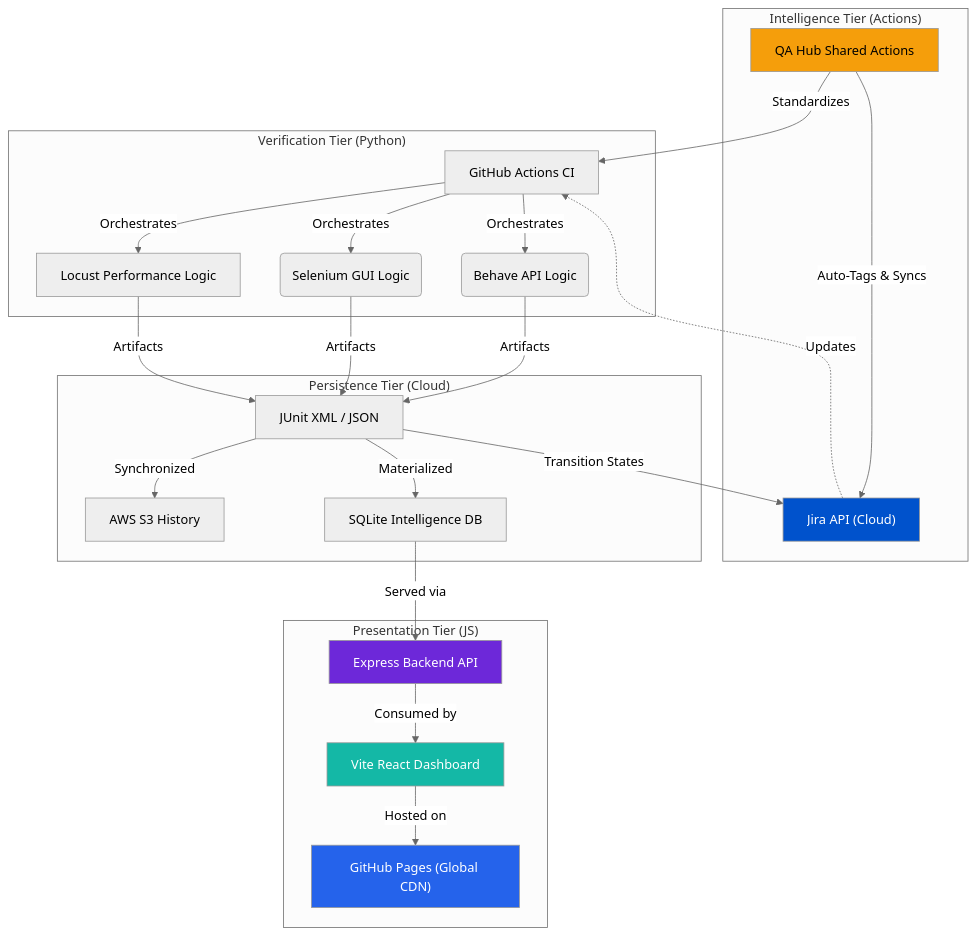
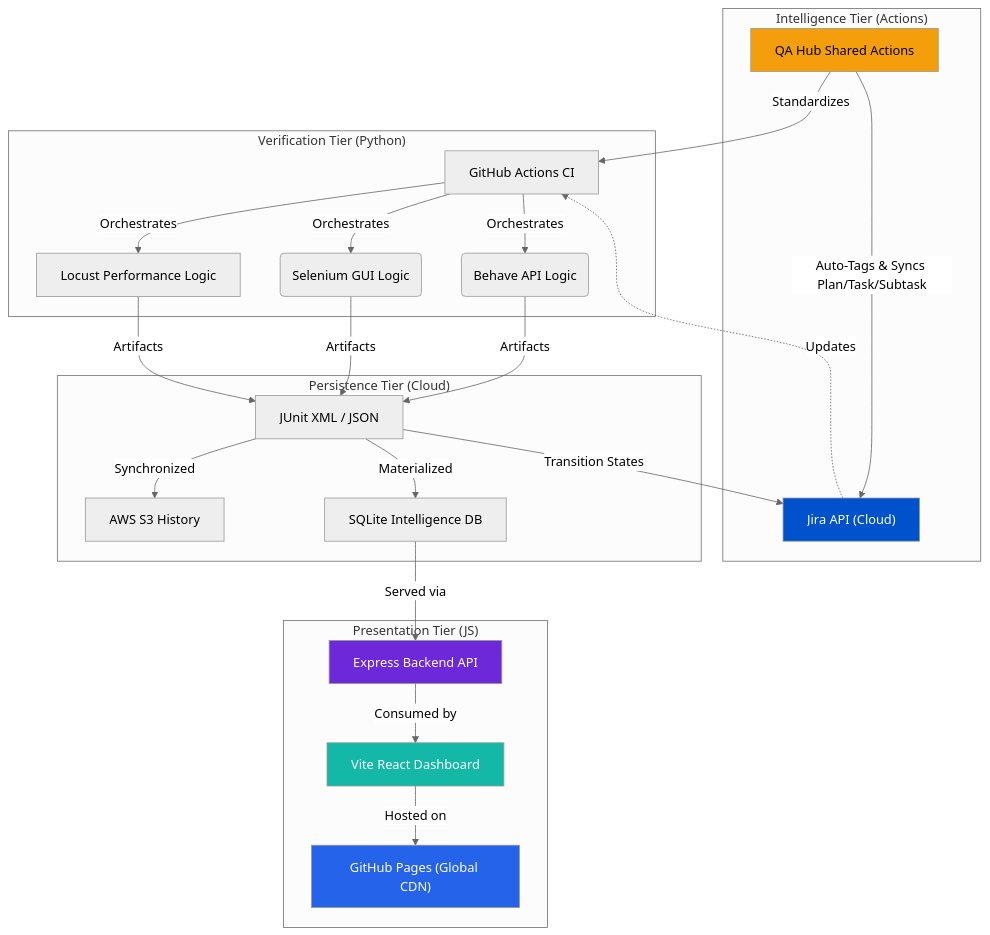
One commit to carlos-camara/dashboard changed the diagram in README.md. Above: the diagram before and after it, drawn with Mermaid (neutral theme). The commit also changed other lines of this file and 4 other files, not shown here.

````diff
--- a/README.md
+++ b/README.md
@@ -110,33 +111,33 @@
 ```mermaid
 graph TD
     subgraph "Verification Tier (Python)"
         A["GitHub Actions CI"] -->|Orchestrates| B("Behave API Logic")
         A -->|Orchestrates| C("Selenium GUI Logic")
         A -->|Orchestrates| L["Locust Performance Logic"]
     end
 
     subgraph "Intelligence Tier (Actions)"
         D["QA Hub Shared Actions"] -->|Standardizes| A
-        D -->|Auto-Tags & Syncs| J["Jira API (Cloud)"]
+        D -->|Auto-Tags & Syncs Plan/Task/Subtask| J["Jira API (Cloud)"]
         J -.->|Updates| A
     end
 
     subgraph "Persistence Tier (Cloud)"
         B & C & L -->|Artifacts| E["JUnit XML / JSON"]
         E -->|Synchronized| S3["AWS S3 History"]
         E -->|Materialized| DB["SQLite Intelligence DB"]
         E -->|Transition States| J
     end
 
     subgraph "Presentation Tier (JS)"
         DB -->|Served via| G["Express Backend API"]
         G -->|Consumed by| H["Vite React Dashboard"]
         H -->|Hosted on| P["GitHub Pages (Global CDN)"]
     end
     
     style G fill:#6d28d9,color:#fff
     style P fill:#2563eb,color:#fff
     style D fill:#f59e0b,color:#000
     style H fill:#14b8a6,color:#fff
     style J fill:#0052CC,color:#fff
 ```
````
